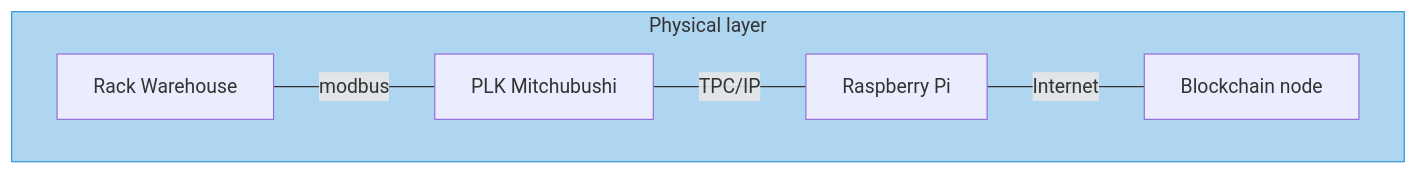
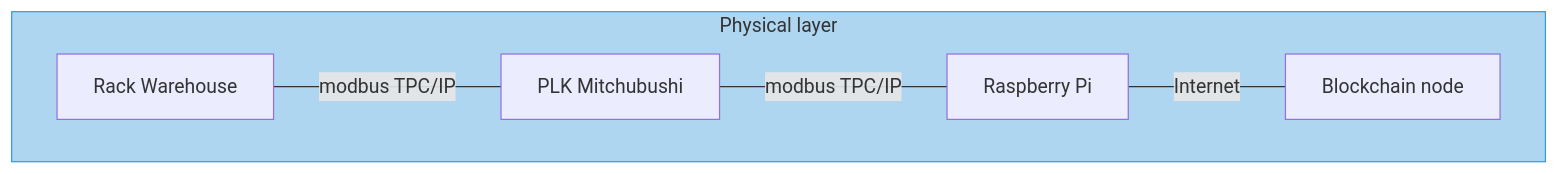
Before and after one commit to fsprojekti/plk-blockchain: the first of 2 diagrams in README.md, drawn with Mermaid. The commit also changed other lines of this file, not shown here.

````diff
--- a/README.md
+++ b/README.md
@@ -6,18 +6,18 @@
 ```mermaid
 flowchart LR
 
 subgraph PL [Physical layer]
     direction LR
   A[Rack Warehouse ]
   B[PLK Mitchubushi]
   C[Raspberry Pi]
   D[Blockchain node]
 end
 
-A---|modbus|B
-B---|TPC/IP|C
+A---|modbus TPC/IP|B
+B---|modbus TPC/IP|C
 C---|Internet|D
 
 style PL fill:#AED6F1, stroke:#3498DB
 
 ```
````
